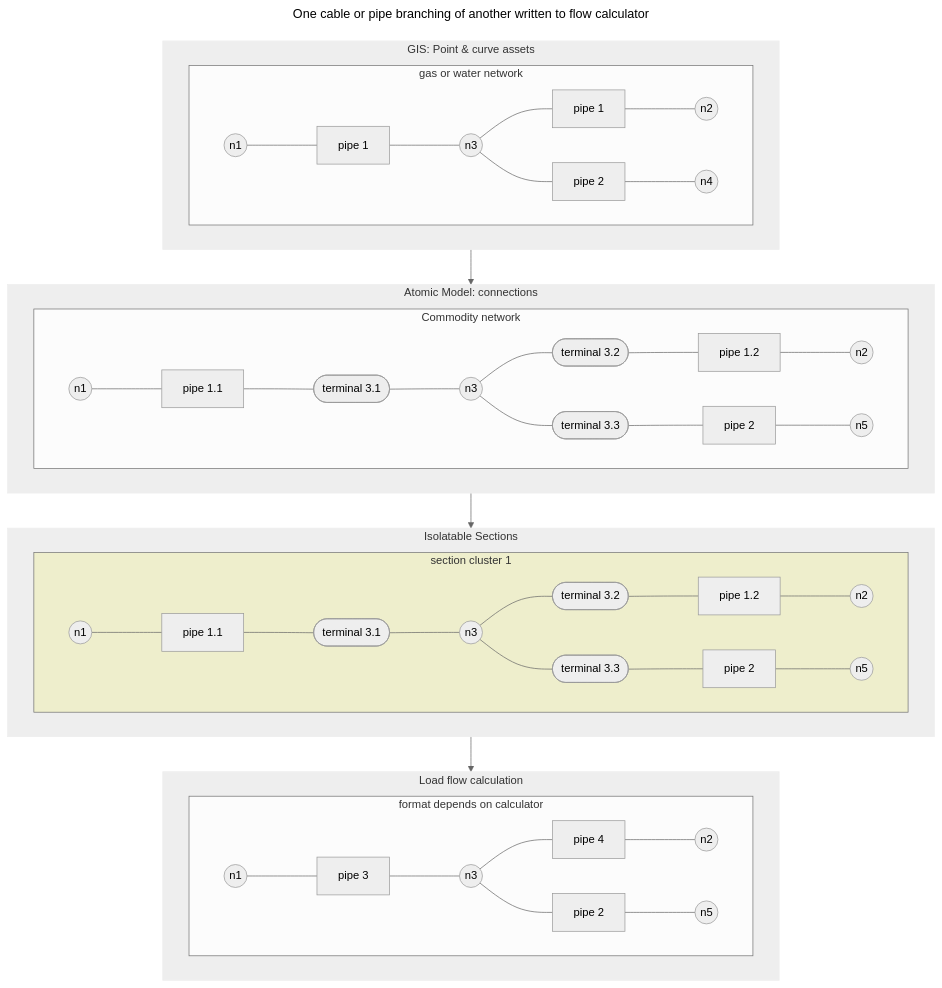
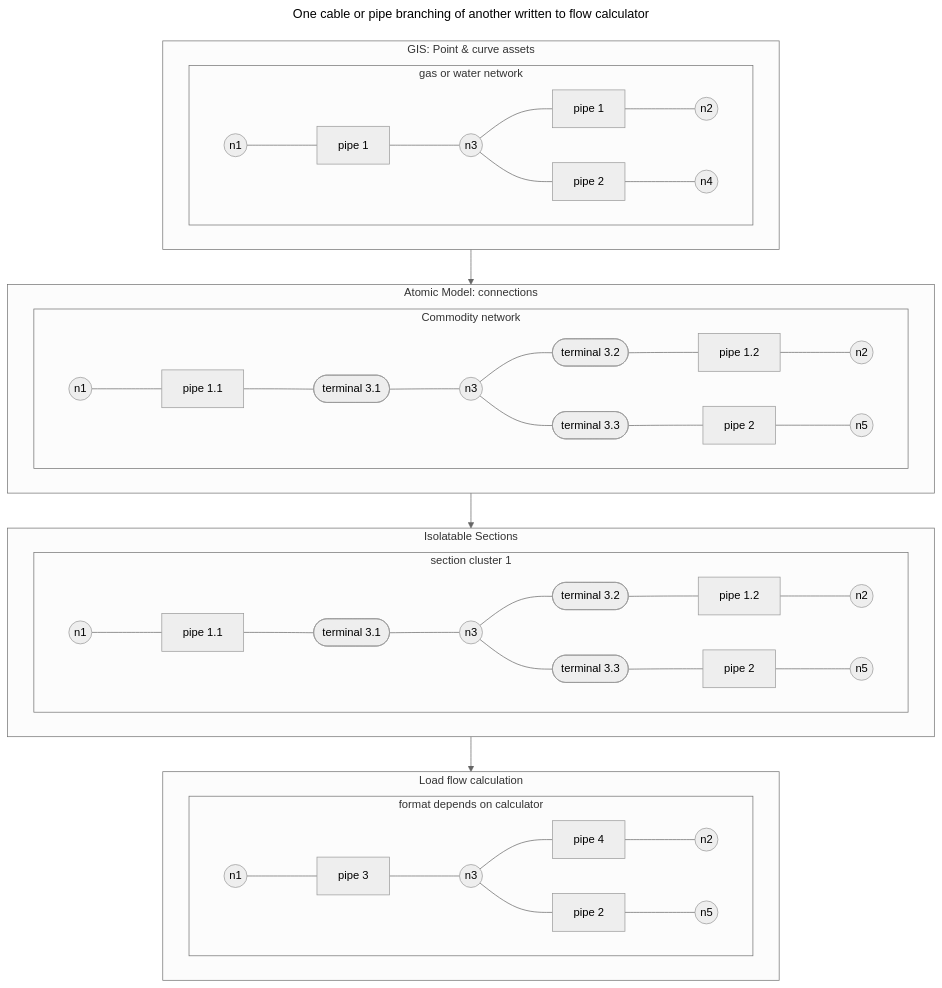
The diagram in content/3 Overview/Data Flow Examples/Data Flow Example 3.md (spatialeye/NetCon), drawn with Mermaid (neutral theme) before and after one commit. The commit also changed other lines of this file and 97 other files, not shown here.

````diff
--- a/content/3 Overview/Data Flow Examples/Data Flow Example 3.md
+++ b/content/3 Overview/Data Flow Examples/Data Flow Example 3.md
@@ -26,41 +25,39 @@
 ```mermaid
 ---
 title: One cable or pipe branching of another written to flow calculator
 ---
 flowchart TD
   gis:::outerStyle --> model:::outerStyle --> sections:::outerStyle --> flow:::outerStyle
   subgraph gis [GIS: Point & curve assets]
     subgraph gispic [gas or water network]
       direction LR 
       gisnode2((n1)) --- gispipe1a[pipe 1] --- gisnode3((n3)) --- gispipe1b[pipe 1] --- gisnode4((n2))
       gisnode3((n3)) --- gispipe2[pipe 2] --- gisnode5((n4))
     end
   end
   subgraph model [Atomic Model: connections]
     subgraph modelpic [Commodity network]
       direction LR 
       modnode2((n1)) --- modpipe1[pipe 1.1] --- modterm31([terminal 3.1]) --- modnode3((n3)) --- modterm32([terminal 3.2]) --- modpipe2[pipe 1.2] --- modnode4((n2))
       modnode3((n3)) --- modterm33([terminal 3.3]) --- modpipe3[pipe 2] --- modnode5((n5))
     end
   end
   subgraph sections [Isolatable Sections]
     subgraph sectionpic1 [section cluster 1]
       direction LR 
       secnode2((n1)) --- secpipe1[pipe 1.1]
       secpipe1 --- secterm1([terminal 3.1]) --- secnode3((n3)) --- secterm32([terminal 3.2])
       secterm32 --- secpipe2[pipe 1.2] --- secnode4((n2))
       secnode3 --- secterm33([terminal 3.3]) --- secpipe3[pipe 2] --- secnode5((n5))
     end
     sectionpic1:::sectionStyle
   end
   subgraph flow [Load flow calculation]
     subgraph flowpic [format depends on calculator]
       direction LR 
       flownode1((n1)) --- flowpipe1[pipe 3] --- flownode3((n3)) --- flowpipe4[pipe 4] --- flownode2((n2))
       flownode3 --- flowpipe2[pipe 2] --- flownode5((n5))
     end
   end
-  classDef outerStyle fill:#eee, stroke:#eee
-  classDef sectionStyle fill: #eec, stroke #eec
-  classDef barrierStyle fill:#bbf
+  classDef barrierStyle fill:#9ac
 ```
````
